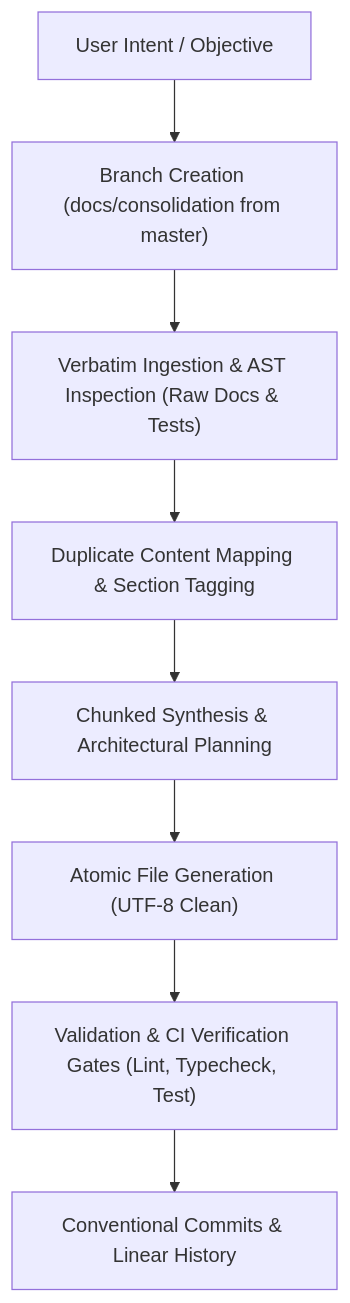
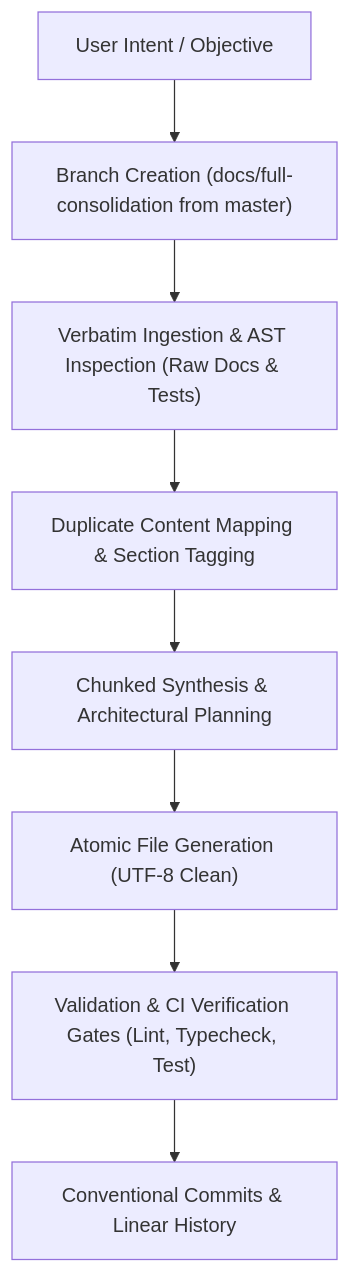
The second of 2 diagrams in agentic.md (ux-fotisp/GlycoGourmet), drawn with Mermaid before and after one commit. The commit also changed other lines of this file and 28 other files, not shown here.

````diff
--- a/agentic.md
+++ b/agentic.md
@@ -150,10 +136,10 @@
 ```mermaid
 flowchart TD
-    UserReq["User Intent / Objective"] --> Branch["Branch Creation (docs/consolidation from master)"]
+    UserReq["User Intent / Objective"] --> Branch["Branch Creation (docs/full-consolidation from master)"]
     Branch --> Ingest["Verbatim Ingestion & AST Inspection (Raw Docs & Tests)"]
     Ingest --> DupMap["Duplicate Content Mapping & Section Tagging"]
     DupMap --> Plan["Chunked Synthesis & Architectural Planning"]
     Plan --> Gen["Atomic File Generation (UTF-8 Clean)"]
     Gen --> Gate["Validation & CI Verification Gates (Lint, Typecheck, Test)"]
     Gate --> Commit["Conventional Commits & Linear History"]
 ```
````
